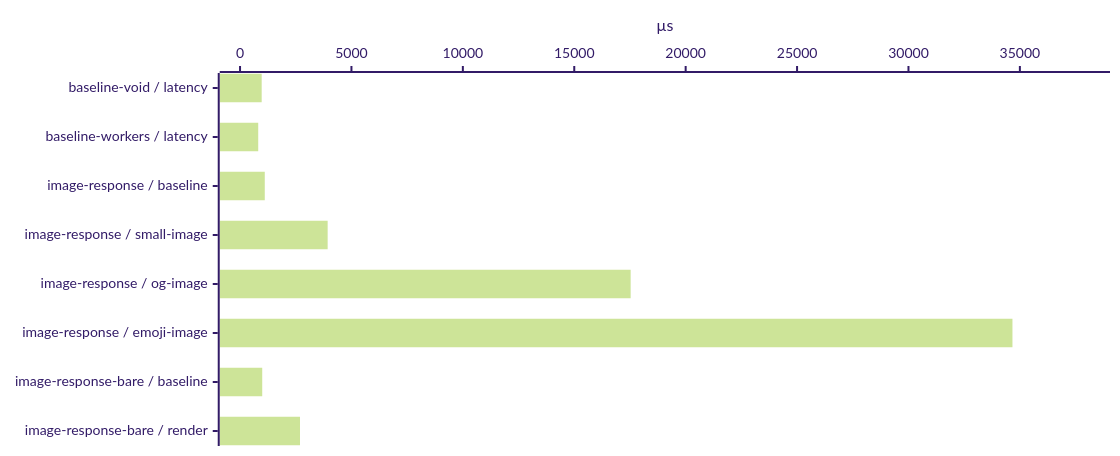
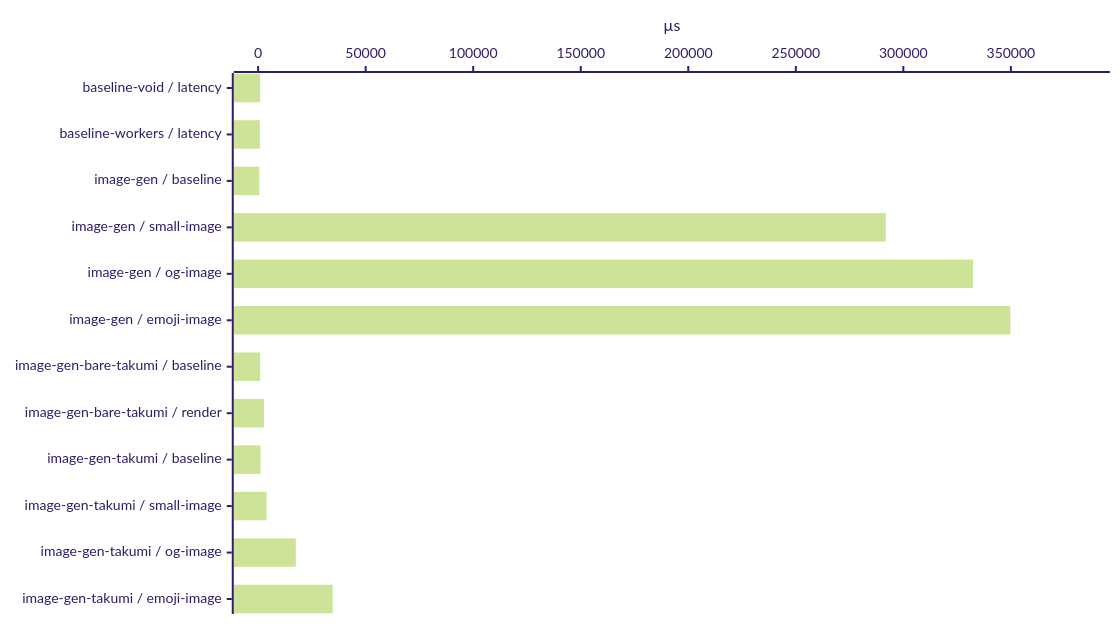
Diagram 15 of 25 in benchmark/report.md (voidzero-dev/void), drawn with Mermaid (forest theme) before and after one commit. The commit also changed other lines of this file and 41 other files, not shown here.

````diff
--- a/benchmark/report.md
+++ b/benchmark/report.md
@@ -311,12 +322,12 @@
 ```mermaid
 ---
 config:
   xyChart:
     width: 1100
-    height: 436
+    height: 604
 ---
 xychart-beta horizontal
-    x-axis ["baseline-void / latency", "baseline-workers / latency", "image-response / baseline", "image-response / small-image", "image-response / og-image", "image-response / emoji-image", "image-response-bare / baseline", "image-response-bare / render"]
-    y-axis "µs" 0 --> 38133.7
-    bar [971, 816, 1110, 3932, 17531, 34667, 996, 2691]
+    x-axis ["baseline-void / latency", "baseline-workers / latency", "image-gen / baseline", "image-gen / small-image", "image-gen / og-image", "image-gen / emoji-image", "image-gen-bare-takumi / baseline", "image-gen-bare-takumi / render", "image-gen-takumi / baseline", "image-gen-takumi / small-image", "image-gen-takumi / og-image", "image-gen-takumi / emoji-image"]
+    y-axis "µs" 0 --> 384760.2
+    bar [971, 816, 534, 291821, 332440, 349782, 996, 2691, 1110, 3932, 17531, 34667]
 ```
````
